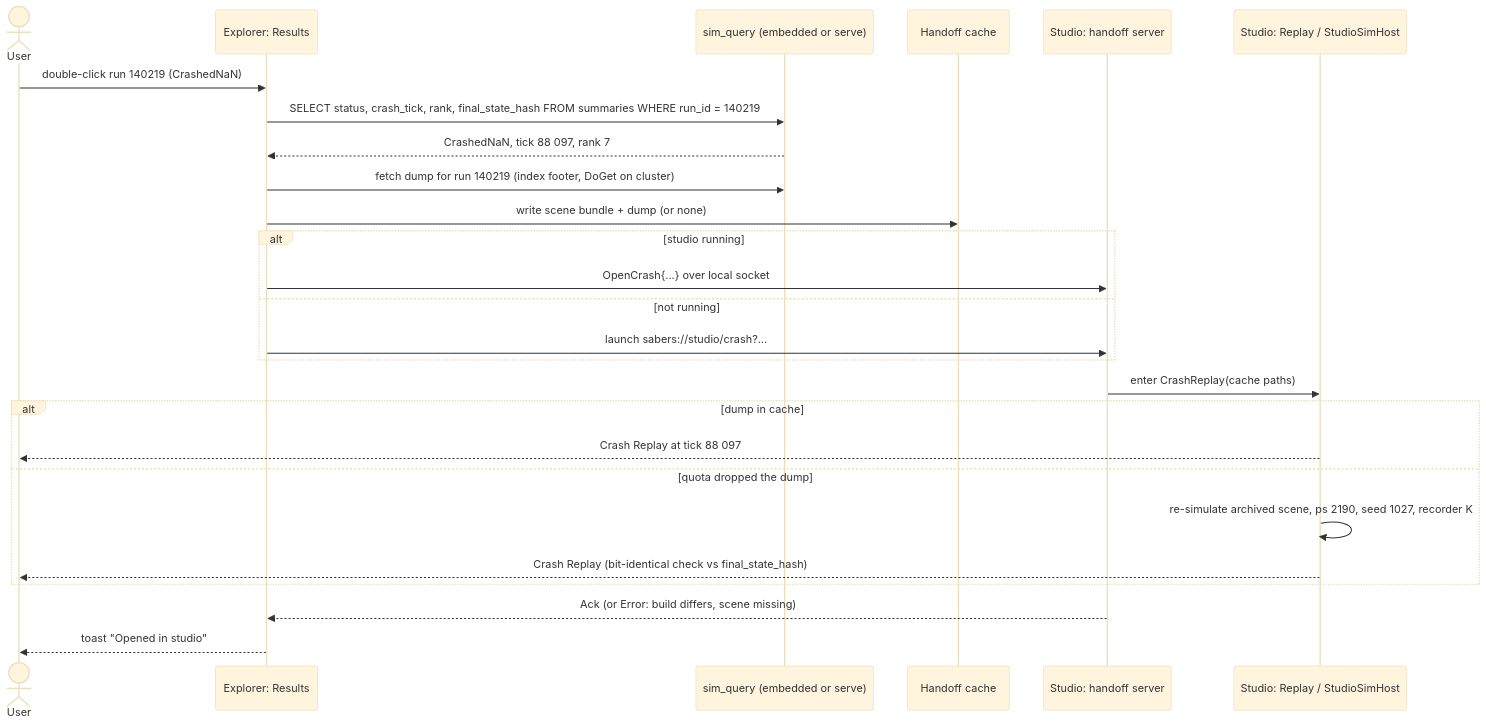
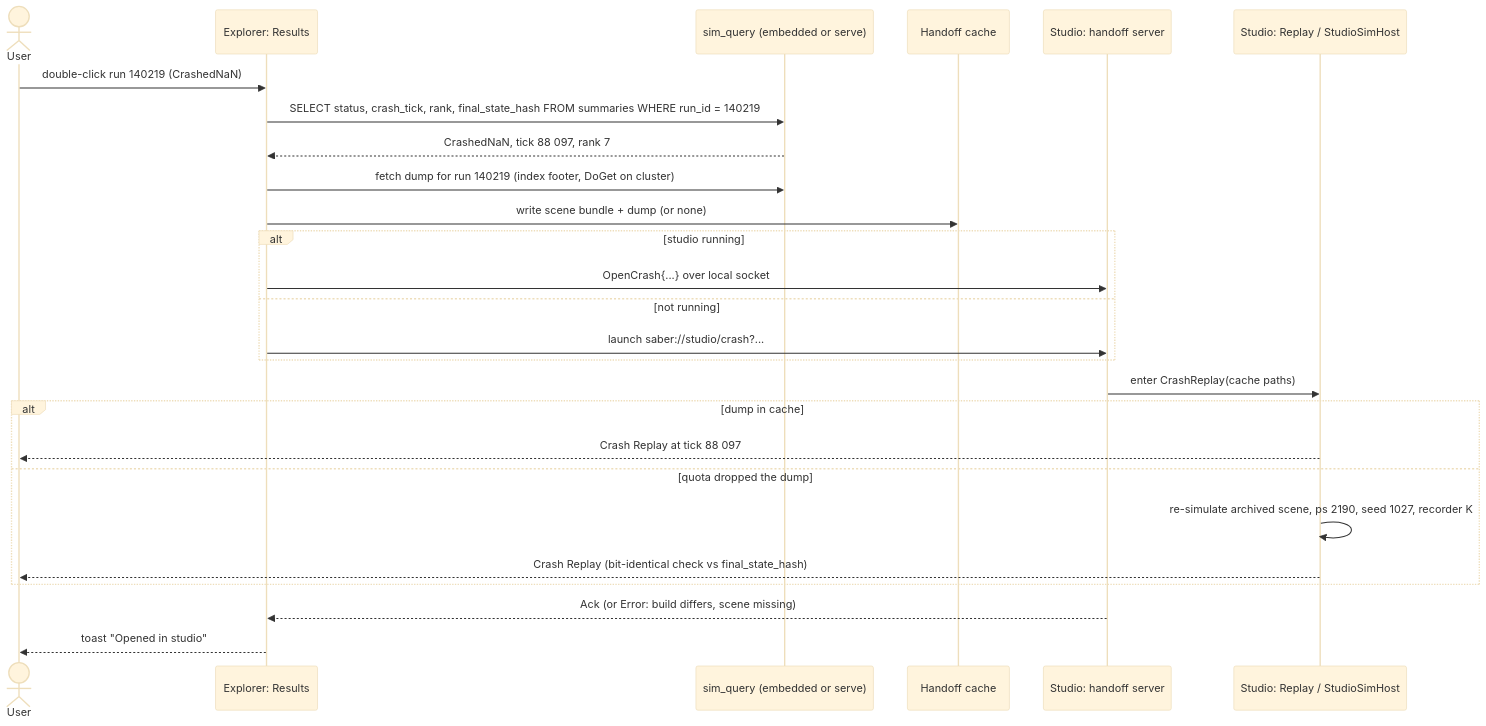
The eighth of 15 diagrams in docs/design/sim_studio_ux.md (Schmiedium/SABER), drawn with Mermaid (base theme) before and after one commit. The commit also changed other lines of this file and 6 other files, not shown here.

First line of the commit message:
Rename sabers identifiers to saber across the design docs (D18)

````diff
--- a/docs/design/sim_studio_ux.md
+++ b/docs/design/sim_studio_ux.md
@@ -442,29 +442,29 @@
 ```mermaid
 sequenceDiagram
     actor U as User
     participant R as Explorer: Results
     participant Q as sim_query (embedded or serve)
     participant C as Handoff cache
     participant H as Studio: handoff server
     participant S as Studio: Replay / StudioSimHost
 
     U->>R: double-click run 140219 (CrashedNaN)
     R->>Q: SELECT status, crash_tick, rank, final_state_hash FROM summaries WHERE run_id = 140219
     Q-->>R: CrashedNaN, tick 88 097, rank 7
     R->>Q: fetch dump for run 140219 (index footer, DoGet on cluster)
     R->>C: write scene bundle + dump (or none)
     alt studio running
         R->>H: OpenCrash{...} over local socket
     else not running
-        R->>H: launch sabers://studio/crash?... 
+        R->>H: launch saber://studio/crash?... 
     end
     H->>S: enter CrashReplay(cache paths)
     alt dump in cache
         S-->>U: Crash Replay at tick 88 097
     else quota dropped the dump
         S->>S: re-simulate archived scene, ps 2190, seed 1027, recorder K
         S-->>U: Crash Replay (bit-identical check vs final_state_hash)
     end
     H-->>R: Ack (or Error: build differs, scene missing)
     R-->>U: toast "Opened in studio"
 ```
````
